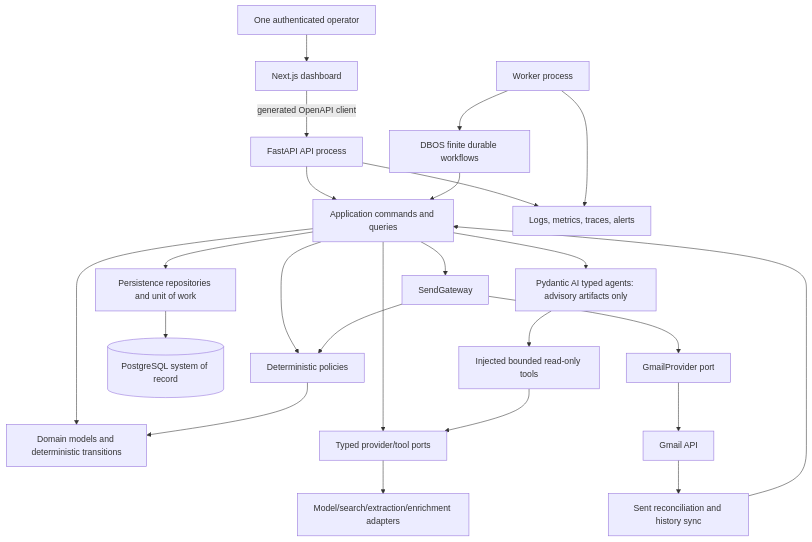
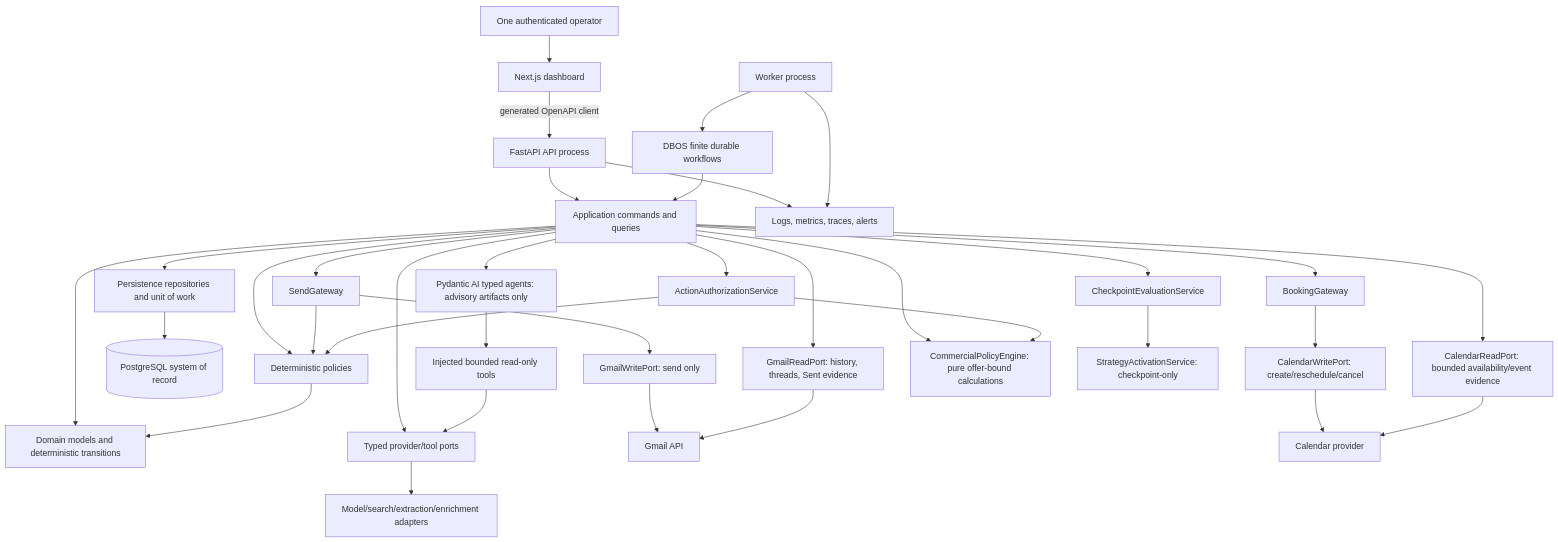
The diagram in docs/development-roadmap/01-architecture/01-target-system-architecture.md (alonbenpro/alon-ai), drawn with Mermaid before and after one commit. The commit also changed other lines of this file and 11 other files, not shown here.

````diff
--- a/docs/development-roadmap/01-architecture/01-target-system-architecture.md
+++ b/docs/development-roadmap/01-architecture/01-target-system-architecture.md
@@ -27,26 +27,37 @@
 ```mermaid
 flowchart TB
     Operator["One authenticated operator"] --> UI["Next.js dashboard"]
     UI -->|"generated OpenAPI client"| API["FastAPI API process"]
     API --> APP["Application commands and queries"]
     WORKER["Worker process"] --> WF["DBOS finite durable workflows"]
     WF --> APP
     APP --> DOMAIN["Domain models and deterministic transitions"]
     APP --> POLICY["Deterministic policies"]
     APP --> PERSIST["Persistence repositories and unit of work"]
     PERSIST --> PG[("PostgreSQL system of record")]
     APP --> PROVIDERPORTS["Typed provider/tool ports"]
     POLICY --> DOMAIN
     APP --> AGENTS["Pydantic AI typed agents: advisory artifacts only"]
     AGENTS --> READTOOLS["Injected bounded read-only tools"]
     READTOOLS --> PROVIDERPORTS
     PROVIDERPORTS --> MODEL["Model/search/extraction/enrichment adapters"]
     APP --> SEND["SendGateway"]
     SEND --> POLICY
-    SEND --> GMAILPORT["GmailProvider port"]
-    GMAILPORT --> GMAIL["Gmail API"]
-    GMAIL --> RECON["Sent reconciliation and history sync"]
-    RECON --> APP
+    SEND --> GMAILWRITE["GmailWritePort: send only"]
+    GMAILWRITE --> GMAIL["Gmail API"]
+    APP --> GMAILREAD["GmailReadPort: history, threads, Sent evidence"]
+    GMAILREAD --> GMAIL
+    APP --> BOOK["BookingGateway"]
+    BOOK --> CALWRITE["CalendarWritePort: create/reschedule/cancel"]
+    CALWRITE --> CAL["Calendar provider"]
+    APP --> CALREAD["CalendarReadPort: bounded availability/event evidence"]
+    CALREAD --> CAL
+    APP --> COMMERCIAL["CommercialPolicyEngine: pure offer-bound calculations"]
+    APP --> AUTH["ActionAuthorizationService"]
+    AUTH --> POLICY
+    AUTH --> COMMERCIAL
+    APP --> CHECKPOINT["CheckpointEvaluationService"]
+    CHECKPOINT --> ACTIVATION["StrategyActivationService: checkpoint-only"]
     API --> OBS["Logs, metrics, traces, alerts"]
     WORKER --> OBS
 ```
````
